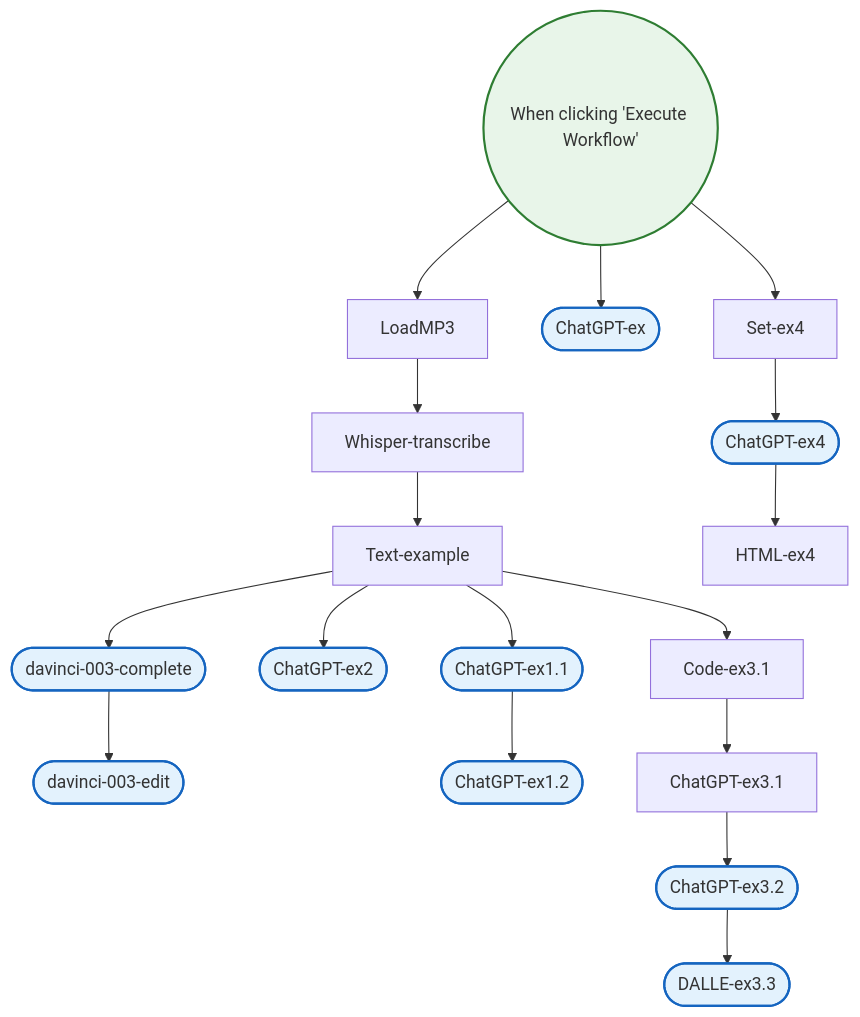
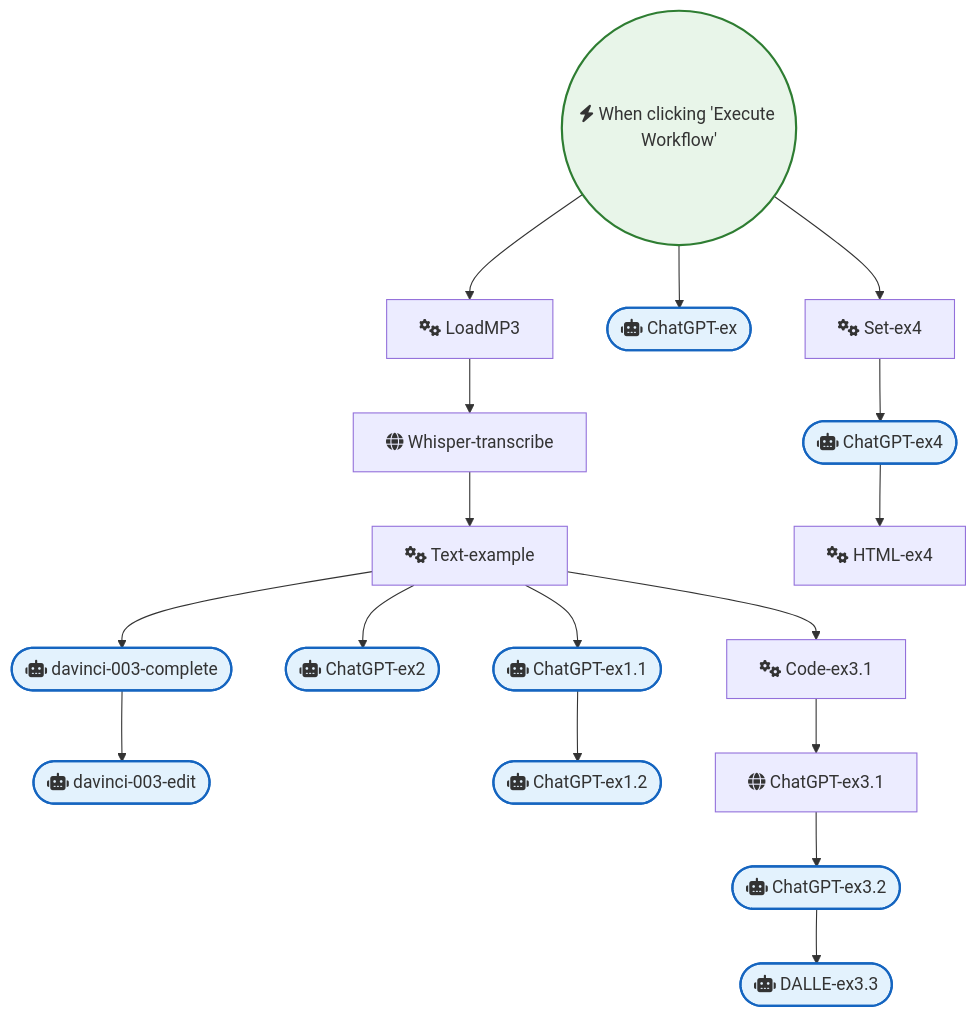
The diagram in OpenAI_and_LLMs/Openai-model-examples.md (sreyash3105/N8N-DEMO-AUTOMATIONS), drawn with Mermaid before and after one commit. The commit also changed 291 other files, not shown here.

````diff
--- a/OpenAI_and_LLMs/Openai-model-examples.md
+++ b/OpenAI_and_LLMs/Openai-model-examples.md
@@ -1,41 +1,41 @@
 ```mermaid
 graph TD
     classDef trigger fill:#e8f5e9,stroke:#2e7d32,stroke-width:2px;
     classDef ai fill:#e3f2fd,stroke:#1565c0,stroke-width:2px;
     classDef logic fill:#fff3e0,stroke:#ef6c00,stroke-width:2px;
 
-    When_clicking__Execute_Workflow_(("When clicking 'Execute Workflow'")):::trigger
-    davinci_003_complete(["davinci-003-complete"]):::ai
-    ChatGPT_ex2(["ChatGPT-ex2"]):::ai
-    davinci_003_edit(["davinci-003-edit"]):::ai
-    ChatGPT_ex1_1(["ChatGPT-ex1.1"]):::ai
-    ChatGPT_ex1_2(["ChatGPT-ex1.2"]):::ai
-    Text_example["Text-example"]
-    Code_ex3_1["Code-ex3.1"]
-    ChatGPT_ex3_1["ChatGPT-ex3.1"]
-    ChatGPT_ex3_2(["ChatGPT-ex3.2"]):::ai
-    DALLE_ex3_3(["DALLE-ex3.3"]):::ai
-    ChatGPT_ex4(["ChatGPT-ex4"]):::ai
-    Set_ex4["Set-ex4"]
-    HTML_ex4["HTML-ex4"]
-    ChatGPT_ex(["ChatGPT-ex"]):::ai
-    LoadMP3["LoadMP3"]
-    Whisper_transcribe["Whisper-transcribe"]
+    When_clicking__Execute_Workflow_(("fas:fa-bolt When clicking 'Execute Workflow'")):::trigger
+    davinci_003_complete(["fas:fa-robot davinci-003-complete"]):::ai
+    ChatGPT_ex2(["fas:fa-robot ChatGPT-ex2"]):::ai
+    davinci_003_edit(["fas:fa-robot davinci-003-edit"]):::ai
+    ChatGPT_ex1_1(["fas:fa-robot ChatGPT-ex1.1"]):::ai
+    ChatGPT_ex1_2(["fas:fa-robot ChatGPT-ex1.2"]):::ai
+    Text_example["fas:fa-cogs Text-example"]
+    Code_ex3_1["fas:fa-cogs Code-ex3.1"]
+    ChatGPT_ex3_1["fas:fa-globe ChatGPT-ex3.1"]
+    ChatGPT_ex3_2(["fas:fa-robot ChatGPT-ex3.2"]):::ai
+    DALLE_ex3_3(["fas:fa-robot DALLE-ex3.3"]):::ai
+    ChatGPT_ex4(["fas:fa-robot ChatGPT-ex4"]):::ai
+    Set_ex4["fas:fa-cogs Set-ex4"]
+    HTML_ex4["fas:fa-cogs HTML-ex4"]
+    ChatGPT_ex(["fas:fa-robot ChatGPT-ex"]):::ai
+    LoadMP3["fas:fa-cogs LoadMP3"]
+    Whisper_transcribe["fas:fa-globe Whisper-transcribe"]
 
     LoadMP3 --> Whisper_transcribe
     Set_ex4 --> ChatGPT_ex4
     Code_ex3_1 --> ChatGPT_ex3_1
     ChatGPT_ex4 --> HTML_ex4
     Text_example --> davinci_003_complete
     Text_example --> ChatGPT_ex1_1
     Text_example --> ChatGPT_ex2
     Text_example --> Code_ex3_1
     ChatGPT_ex1_1 --> ChatGPT_ex1_2
     ChatGPT_ex3_1 --> ChatGPT_ex3_2
     ChatGPT_ex3_2 --> DALLE_ex3_3
     Whisper_transcribe --> Text_example
     davinci_003_complete --> davinci_003_edit
     When_clicking__Execute_Workflow_ --> LoadMP3
     When_clicking__Execute_Workflow_ --> Set_ex4
     When_clicking__Execute_Workflow_ --> ChatGPT_ex
 ```
````
